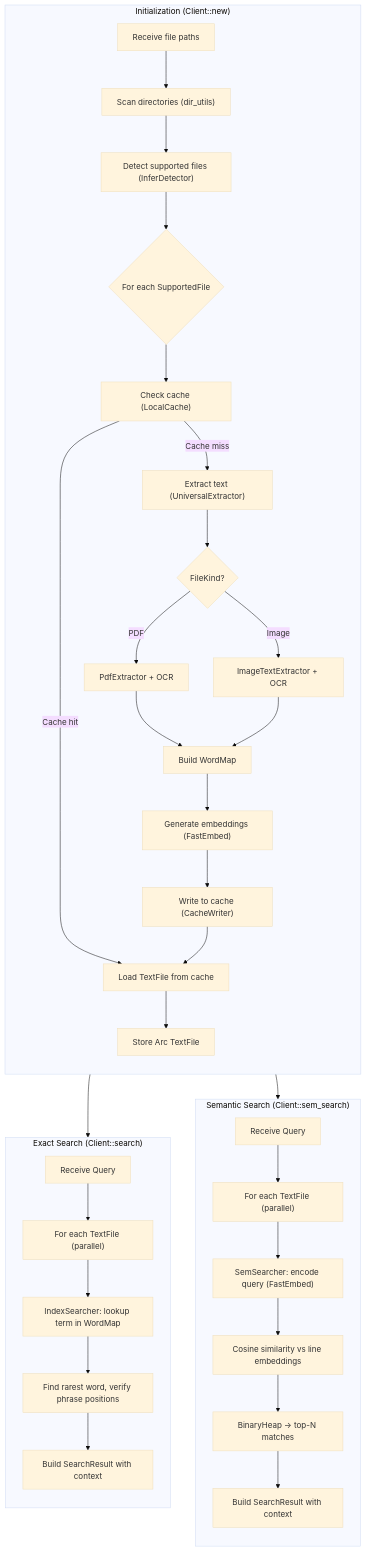
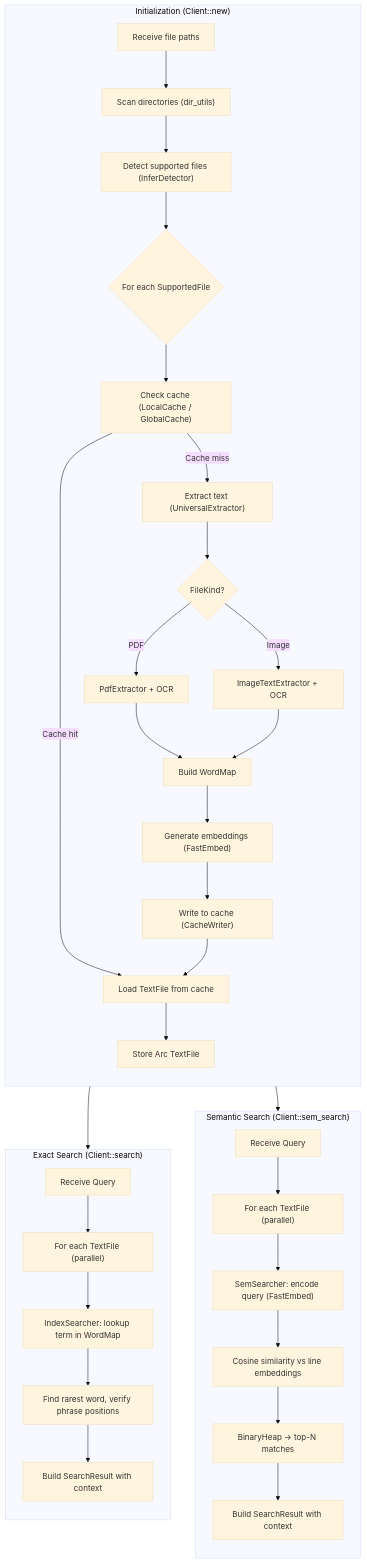
One commit to damian-ds7/zpr-scan-search changed the eighth of 8 diagrams in docs/architecture_uml.md. Above: the diagram before and after it, drawn with Mermaid (base theme). The commit also changed other lines of this file and 1 other file, not shown here.

Commit message:
docs: upate docs for global cache

````diff
--- a/docs/architecture_uml.md
+++ b/docs/architecture_uml.md
@@ -399,41 +407,41 @@
 ```mermaid
 flowchart TB
     subgraph init ["Initialization (Client::new)"]
         direction TB
         A["Receive file paths"] --> B["Scan directories (dir_utils)"]
         B --> C["Detect supported files (InferDetector)"]
         C --> D{"For each SupportedFile"}
-        D --> E["Check cache (LocalCache)"]
+        D --> E["Check cache (LocalCache / GlobalCache)"]
         E -->|Cache hit| F["Load TextFile from cache"]
         E -->|Cache miss| G["Extract text (UniversalExtractor)"]
         G --> G1{"FileKind?"}
         G1 -->|PDF| G2["PdfExtractor + OCR"]
         G1 -->|Image| G3["ImageTextExtractor + OCR"]
         G2 --> H["Build WordMap"]
         G3 --> H
         H --> I["Generate embeddings (FastEmbed)"]
         I --> J["Write to cache (CacheWriter)"]
         J --> F
         F --> K["Store Arc TextFile"]
     end
 
     subgraph search ["Exact Search (Client::search)"]
         direction TB
         L["Receive Query"] --> M["For each TextFile (parallel)"]
         M --> N["IndexSearcher: lookup term in WordMap"]
         N --> O["Find rarest word, verify phrase positions"]
         O --> P["Build SearchResult with context"]
     end
 
     subgraph sem ["Semantic Search (Client::sem_search)"]
         direction TB
         Q["Receive Query"] --> R["For each TextFile (parallel)"]
         R --> S["SemSearcher: encode query (FastEmbed)"]
         S --> T["Cosine similarity vs line embeddings"]
         T --> U["BinaryHeap → top-N matches"]
         U --> V["Build SearchResult with context"]
     end
 
     init --> search
     init --> sem
 ```
````
